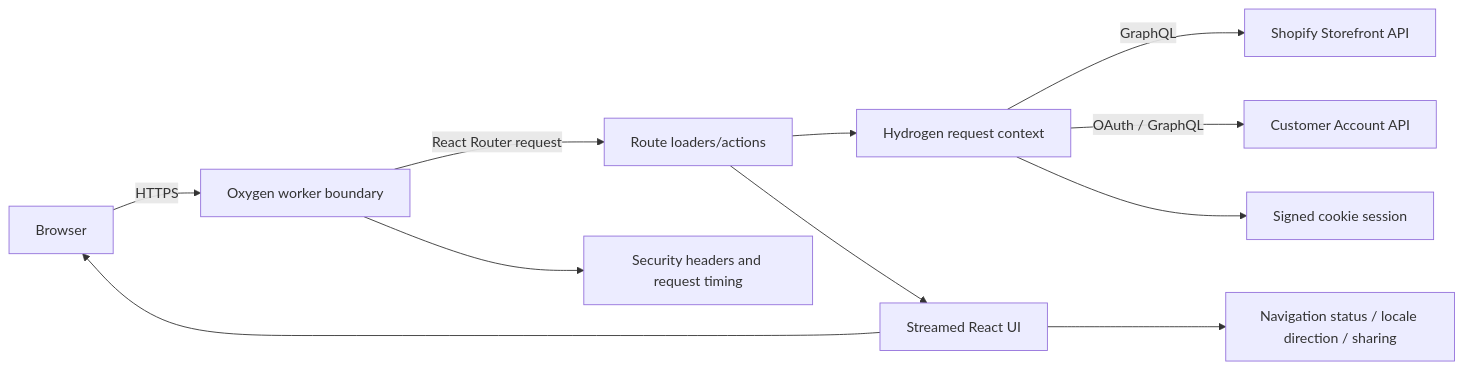
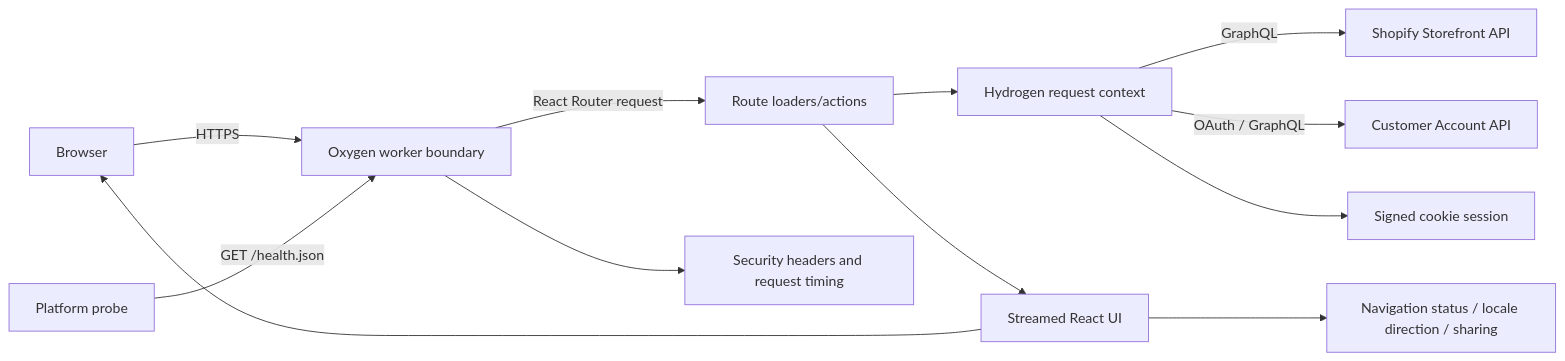
One commit to YASLOGIST/as-store-v1yas-frontend changed the first of 5 diagrams in docs/ARCHITECTURE.md. Above: the diagram before and after it, drawn with Mermaid. The commit also changed other lines of this file and 50 other files, not shown here.

````diff
--- a/docs/ARCHITECTURE.md
+++ b/docs/ARCHITECTURE.md
@@ -7,13 +7,14 @@
 ```mermaid
 flowchart LR
   B[Browser] -->|HTTPS| W[Oxygen worker boundary]
   W -->|React Router request| R[Route loaders/actions]
   R --> C[Hydrogen request context]
   C -->|GraphQL| S[Shopify Storefront API]
   C -->|OAuth / GraphQL| A[Customer Account API]
   C --> SS[Signed cookie session]
   R --> UI[Streamed React UI]
   UI --> B
   UI --> UX[Navigation status / locale direction / sharing]
   W --> H[Security headers and request timing]
+  P[Platform probe] -->|GET /health.json| W
 ```
````
